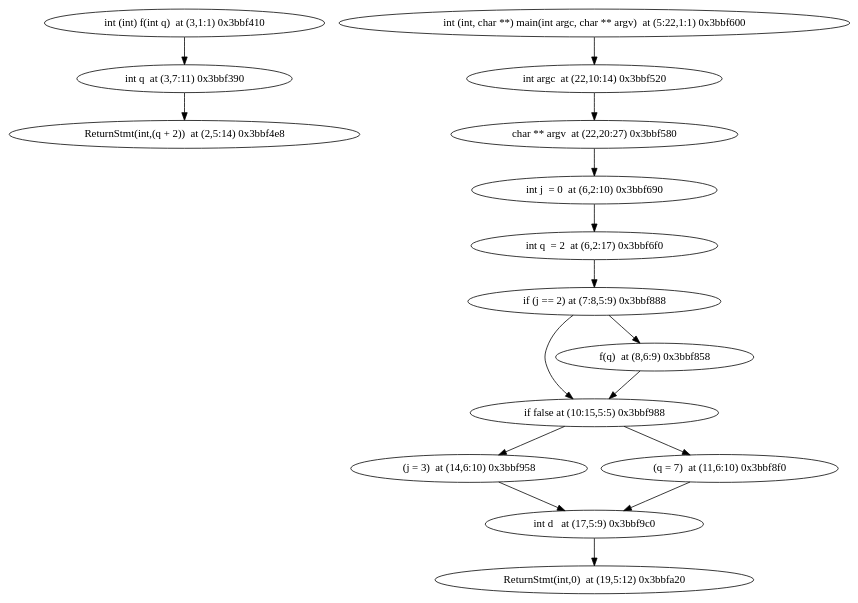
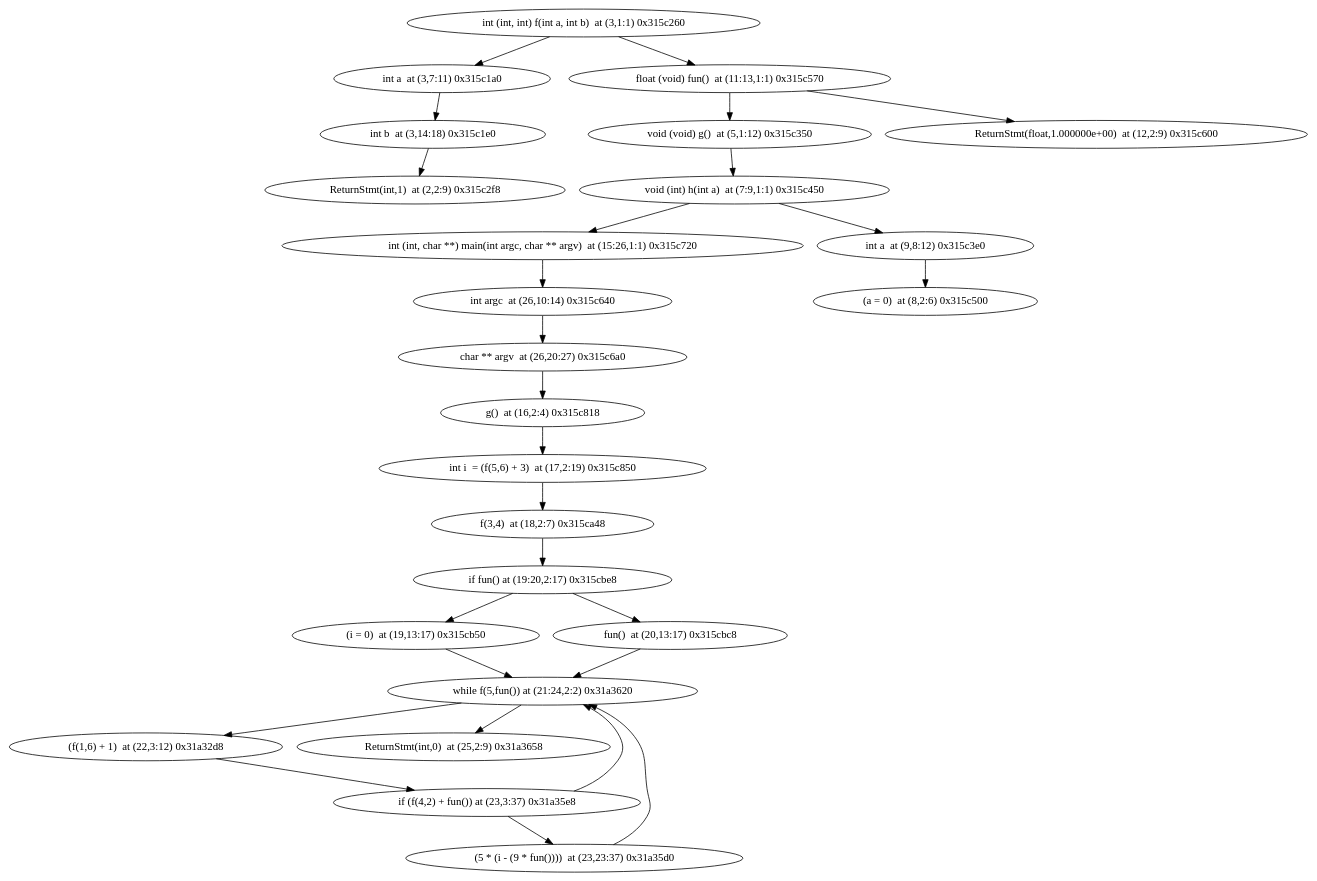
Before and after one commit to jxw1102/Projet-merou: the diagram in ModelChecker/unitary_tests/Model_checker/test.dot, drawn with Graphviz. The commit also changed 27 other files, not shown here.

```diff
--- a/ModelChecker/unitary_tests/Model_checker/test.dot
+++ b/ModelChecker/unitary_tests/Model_checker/test.dot
@@ -1,19 +1,33 @@
 digraph {
-"int (int) f(int q)  at (3,1:1) 0x3bbf410" -> "int q  at (3,7:11) 0x3bbf390"
-"int q  at (3,7:11) 0x3bbf390" -> "ReturnStmt(int,(q + 2))  at (2,5:14) 0x3bbf4e8"
-"ReturnStmt(int,(q + 2))  at (2,5:14) 0x3bbf4e8"
-"int (int, char **) main(int argc, char ** argv)  at (5:22,1:1) 0x3bbf600" -> "int argc  at (22,10:14) 0x3bbf520"
-"int argc  at (22,10:14) 0x3bbf520" -> "char ** argv  at (22,20:27) 0x3bbf580"
-"char ** argv  at (22,20:27) 0x3bbf580" -> "int j  = 0  at (6,2:10) 0x3bbf690"
-"int j  = 0  at (6,2:10) 0x3bbf690" -> "int q  = 2  at (6,2:17) 0x3bbf6f0"
-"int q  = 2  at (6,2:17) 0x3bbf6f0" -> "if (j == 2) at (7:8,5:9) 0x3bbf888"
-"if (j == 2) at (7:8,5:9) 0x3bbf888" -> "if false at (10:15,5:5) 0x3bbf988"
-"if (j == 2) at (7:8,5:9) 0x3bbf888" -> "f(q)  at (8,6:9) 0x3bbf858"
-"if false at (10:15,5:5) 0x3bbf988" -> "(j = 3)  at (14,6:10) 0x3bbf958"
-"if false at (10:15,5:5) 0x3bbf988" -> "(q = 7)  at (11,6:10) 0x3bbf8f0"
-"(j = 3)  at (14,6:10) 0x3bbf958" -> "int d   at (17,5:9) 0x3bbf9c0"
-"int d   at (17,5:9) 0x3bbf9c0" -> "ReturnStmt(int,0)  at (19,5:12) 0x3bbfa20"
-"ReturnStmt(int,0)  at (19,5:12) 0x3bbfa20"
-"(q = 7)  at (11,6:10) 0x3bbf8f0" -> "int d   at (17,5:9) 0x3bbf9c0"
-"f(q)  at (8,6:9) 0x3bbf858" -> "if false at (10:15,5:5) 0x3bbf988"
+"int (int, int) f(int a, int b)  at (3,1:1) 0x315c260" -> "int a  at (3,7:11) 0x315c1a0"
+"int a  at (3,7:11) 0x315c1a0" -> "int b  at (3,14:18) 0x315c1e0"
+"int b  at (3,14:18) 0x315c1e0" -> "ReturnStmt(int,1)  at (2,2:9) 0x315c2f8"
+"ReturnStmt(int,1)  at (2,2:9) 0x315c2f8"
+"int (int, int) f(int a, int b)  at (3,1:1) 0x315c260" -> "float (void) fun()  at (11:13,1:1) 0x315c570"
+"float (void) fun()  at (11:13,1:1) 0x315c570" -> "void (void) g()  at (5,1:12) 0x315c350"
+"void (void) g()  at (5,1:12) 0x315c350" -> "void (int) h(int a)  at (7:9,1:1) 0x315c450"
+"void (int) h(int a)  at (7:9,1:1) 0x315c450" -> "int (int, char **) main(int argc, char ** argv)  at (15:26,1:1) 0x315c720"
+"int (int, char **) main(int argc, char ** argv)  at (15:26,1:1) 0x315c720" -> "int argc  at (26,10:14) 0x315c640"
+"int argc  at (26,10:14) 0x315c640" -> "char ** argv  at (26,20:27) 0x315c6a0"
+"char ** argv  at (26,20:27) 0x315c6a0" -> "g()  at (16,2:4) 0x315c818"
+"g()  at (16,2:4) 0x315c818" -> "int i  = (f(5,6) + 3)  at (17,2:19) 0x315c850"
+"int i  = (f(5,6) + 3)  at (17,2:19) 0x315c850" -> "f(3,4)  at (18,2:7) 0x315ca48"
+"f(3,4)  at (18,2:7) 0x315ca48" -> "if fun() at (19:20,2:17) 0x315cbe8"
+"if fun() at (19:20,2:17) 0x315cbe8" -> "(i = 0)  at (19,13:17) 0x315cb50"
+"if fun() at (19:20,2:17) 0x315cbe8" -> "fun()  at (20,13:17) 0x315cbc8"
+"(i = 0)  at (19,13:17) 0x315cb50" -> "while f(5,fun()) at (21:24,2:2) 0x31a3620"
+"while f(5,fun()) at (21:24,2:2) 0x31a3620" -> "(f(1,6) + 1)  at (22,3:12) 0x31a32d8"
+"while f(5,fun()) at (21:24,2:2) 0x31a3620" -> "ReturnStmt(int,0)  at (25,2:9) 0x31a3658"
+"(f(1,6) + 1)  at (22,3:12) 0x31a32d8" -> "if (f(4,2) + fun()) at (23,3:37) 0x31a35e8"
+"if (f(4,2) + fun()) at (23,3:37) 0x31a35e8" -> "while f(5,fun()) at (21:24,2:2) 0x31a3620"
+"if (f(4,2) + fun()) at (23,3:37) 0x31a35e8" -> "(5 * (i - (9 * fun())))  at (23,23:37) 0x31a35d0"
+"(5 * (i - (9 * fun())))  at (23,23:37) 0x31a35d0" -> "while f(5,fun()) at (21:24,2:2) 0x31a3620"
+"ReturnStmt(int,0)  at (25,2:9) 0x31a3658"
+"fun()  at (20,13:17) 0x315cbc8" -> "while f(5,fun()) at (21:24,2:2) 0x31a3620"
+"void (void) g()  at (5,1:12) 0x315c350"
+"float (void) fun()  at (11:13,1:1) 0x315c570" -> "ReturnStmt(float,1.000000e+00)  at (12,2:9) 0x315c600"
+"ReturnStmt(float,1.000000e+00)  at (12,2:9) 0x315c600"
+"void (int) h(int a)  at (7:9,1:1) 0x315c450" -> "int a  at (9,8:12) 0x315c3e0"
+"int a  at (9,8:12) 0x315c3e0" -> "(a = 0)  at (8,2:6) 0x315c500"
+"(a = 0)  at (8,2:6) 0x315c500"
 }
```
